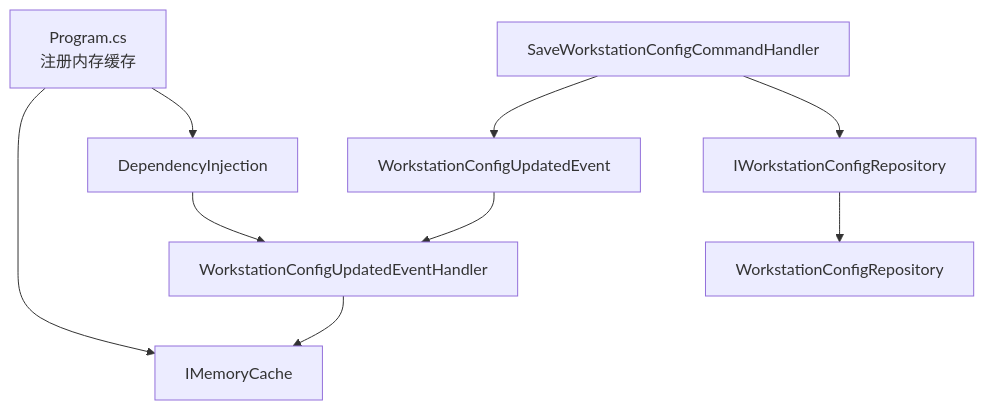
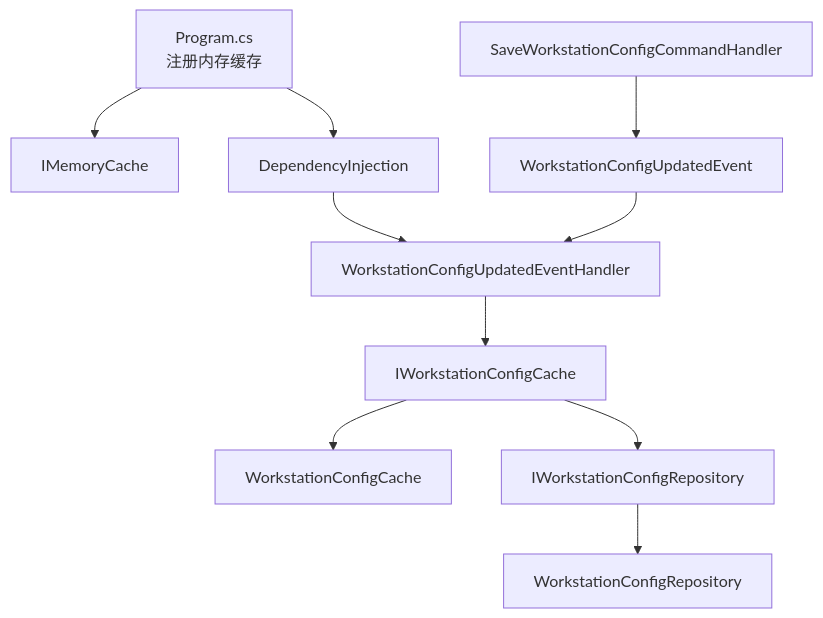
Before and after one commit to whitemousetl/IndustrialDataSolution: the fifth of 5 diagrams in .qoder/repowiki/zh/content/应用服务层/缓存管理.md, drawn with Mermaid. The commit also changed other lines of this file and 13 other files, not shown here.

````diff
--- a/.qoder/repowiki/zh/content/应用服务层/缓存管理.md
+++ b/.qoder/repowiki/zh/content/应用服务层/缓存管理.md
@@ -220,11 +287,12 @@
 ```mermaid
 graph TB
 PRG["Program.cs<br/>注册内存缓存"] --> MC["IMemoryCache"]
 CMD["SaveWorkstationConfigCommandHandler"] --> EVT["WorkstationConfigUpdatedEvent"]
 EVT --> EH["WorkstationConfigUpdatedEventHandler"]
-EH --> MC
-CMD --> IR["IWorkstationConfigRepository"]
-IR --> R["WorkstationConfigRepository"]
+EH --> WC["IWorkstationConfigCache"]
+WC --> WCI["WorkstationConfigCache"]
 PRG --> DI["DependencyInjection"]
 DI --> EH
+IC["IWorkstationConfigRepository"] --> R["WorkstationConfigRepository"]
+WC --> IC
 ```
````
